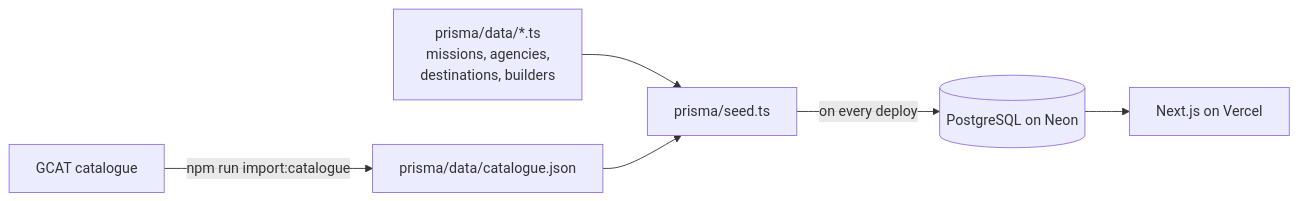
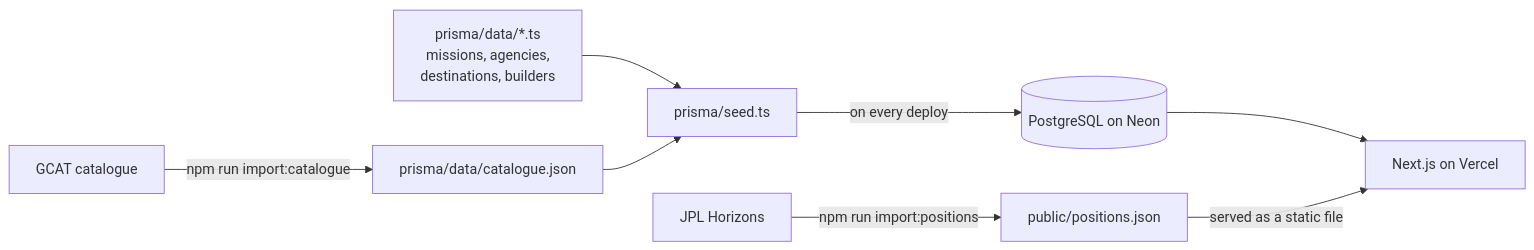
The diagram in README.md (haygenwarren/mission-atlas), drawn with Mermaid before and after one commit. The commit also changed other lines of this file and 4 other files, not shown here.

First line of the commit message:
Add a positions snapshot from JPL Horizons for the map

````diff
--- a/README.md
+++ b/README.md
@@ -27,8 +27,10 @@
 ```mermaid
 flowchart LR
   F["prisma/data/*.ts<br/>missions, agencies,<br/>destinations, builders"] --> S["prisma/seed.ts"]
   G["GCAT catalogue"] -- "npm run import:catalogue" --> C["prisma/data/catalogue.json"]
   C --> S
   S -- "on every deploy" --> D[("PostgreSQL on Neon")]
   D --> W["Next.js on Vercel"]
+  H["JPL Horizons"] -- "npm run import:positions" --> P["public/positions.json"]
+  P -- "served as a static file" --> W
 ```
````
